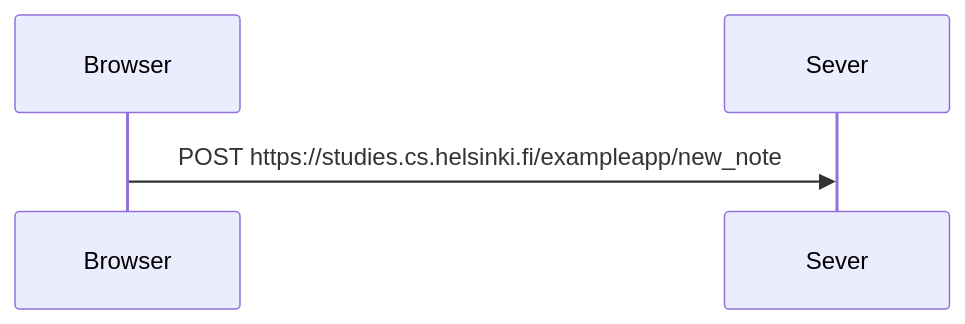
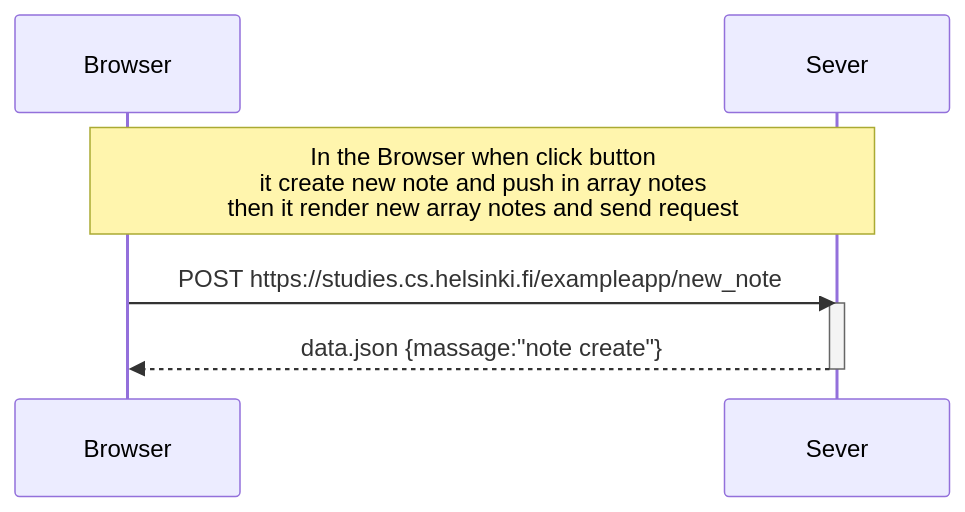
The diagram in newnote.mmd (suttipo/mermaid), drawn with Mermaid before and after one commit.

Commit message:
edit line 5-9

```diff
--- a/newnote.mmd
+++ b/newnote.mmd
@@ -1,6 +1,9 @@
 sequenceDiagram
     participant Browser
     participant Sever
 
-
+    Note over Browser,Sever :In the Browser when click button<br> it create new note and push in array notes <br>then it render new array notes and send request 
     Browser ->> Sever: POST https://studies.cs.helsinki.fi/exampleapp/new_note
+    activate Sever
+    Sever -->> Browser: data.json {massage:"note create"}
+    deactivate Sever
```
